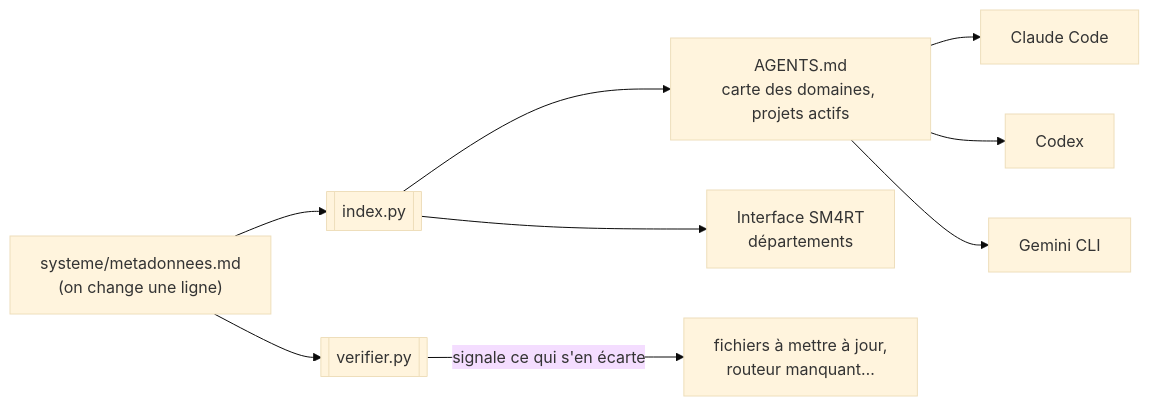
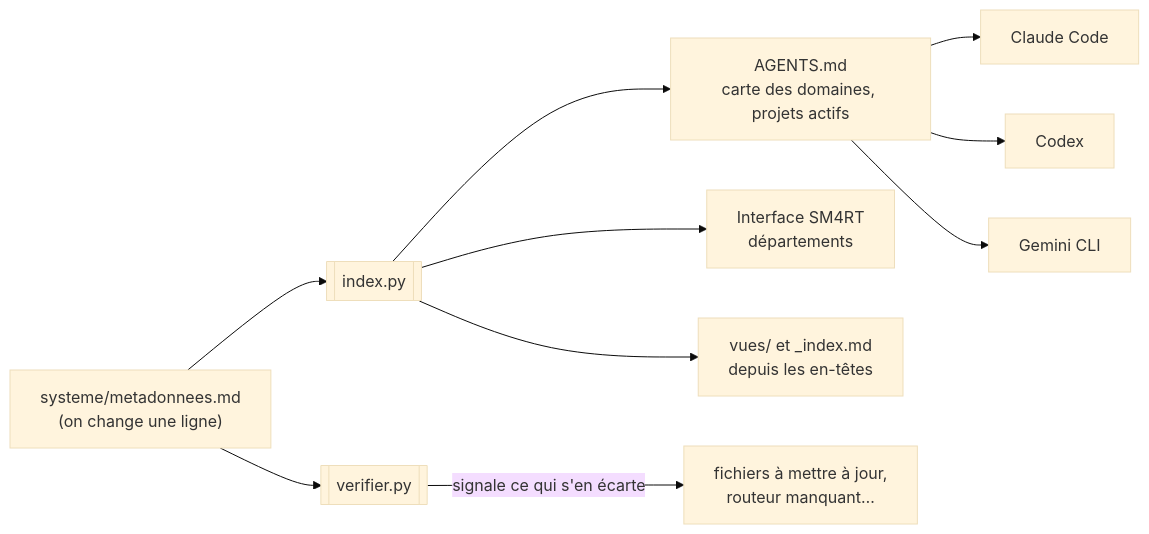
The fourth of 4 diagrams in docs/presentation.md (thomrichard/aios-V2), drawn with Mermaid (base theme) before and after one commit. The commit also changed other lines of this file and 1 other file, not shown here.

First line of the commit message:
Documentation : les vues, un index par type et par projet

````diff
--- a/docs/presentation.md
+++ b/docs/presentation.md
@@ -312,11 +324,12 @@
 ```mermaid
 flowchart LR
     M["systeme/metadonnees.md<br/>(on change une ligne)"] --> S[[index.py]]
     S --> A["AGENTS.md<br/>carte des domaines, projets actifs"]
     S --> U["Interface SM4RT<br/>départements"]
+    S --> VU["vues/ et _index.md<br/>depuis les en-têtes"]
     A --> C[Claude Code]
     A --> O[Codex]
     A --> G[Gemini CLI]
     M --> V[[verifier.py]]
     V -- "signale ce qui s'en écarte" --> W["fichiers à mettre à jour,<br/>routeur manquant…"]
 ```
````
